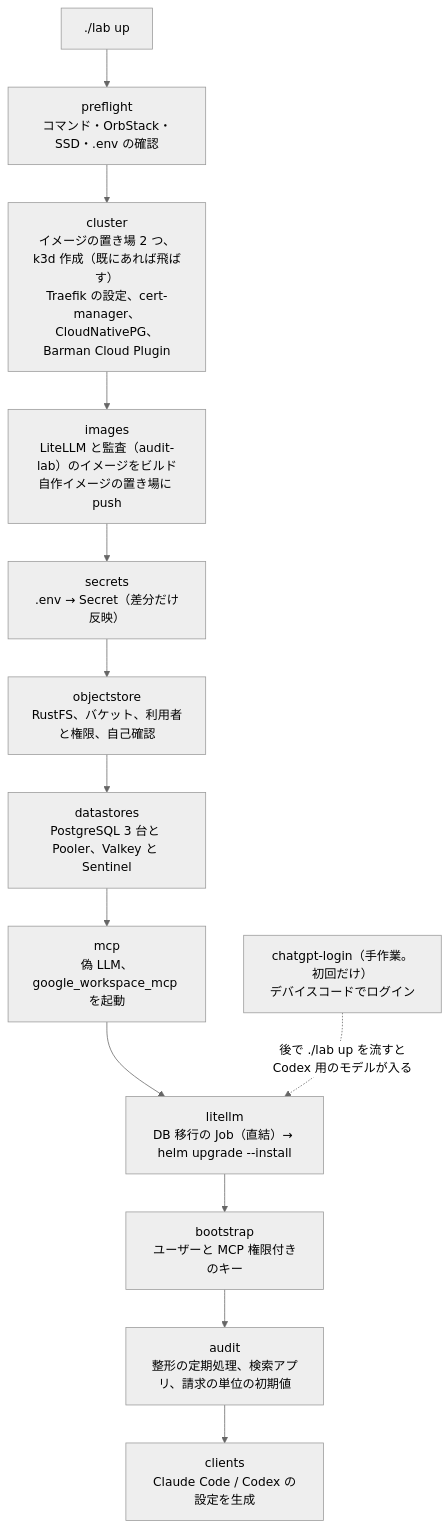
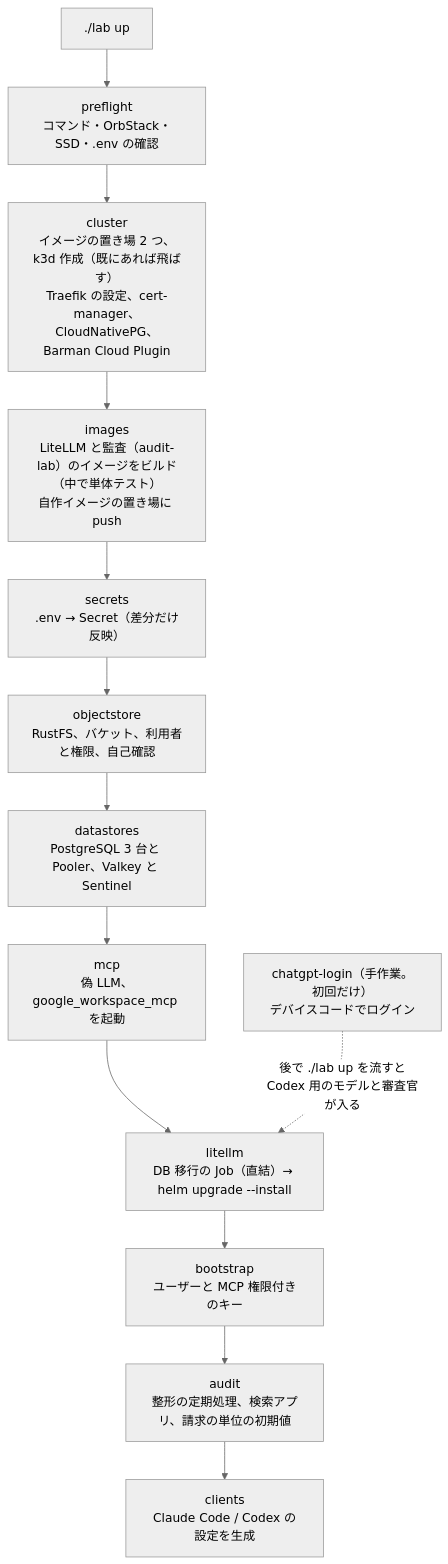
One commit to notfolder/litellm-agent-gateway-lab changed the second of 3 diagrams in docs/design.md. Above: the diagram before and after it, drawn with Mermaid (neutral theme). The commit also changed other lines of this file and 29 other files, not shown here.

````diff
--- a/docs/design.md
+++ b/docs/design.md
@@ -165,15 +176,15 @@
 ```mermaid
 flowchart TB
     A["./lab up"] --> P["preflight<br/>コマンド・OrbStack・SSD・.env の確認"]
     P --> C["cluster<br/>イメージの置き場 2 つ、k3d 作成（既にあれば飛ばす）<br/>Traefik の設定、cert-manager、CloudNativePG、Barman Cloud Plugin"]
-    C --> I["images<br/>LiteLLM と監査（audit-lab）のイメージをビルド<br/>自作イメージの置き場に push"]
+    C --> I["images<br/>LiteLLM と監査（audit-lab）のイメージをビルド（中で単体テスト）<br/>自作イメージの置き場に push"]
     I --> S["secrets<br/>.env → Secret（差分だけ反映）"]
     S --> O["objectstore<br/>RustFS、バケット、利用者と権限、自己確認"]
     O --> D["datastores<br/>PostgreSQL 3 台と Pooler、Valkey と Sentinel"]
     D --> M["mcp<br/>偽 LLM、google_workspace_mcp を起動"]
     M --> L["litellm<br/>DB 移行の Job（直結）→ helm upgrade --install"]
     L --> B["bootstrap<br/>ユーザーと MCP 権限付きのキー"]
     B --> AU["audit<br/>整形の定期処理、検索アプリ、請求の単位の初期値"]
     AU --> CL["clients<br/>Claude Code / Codex の設定を生成"]
-    G["chatgpt-login（手作業。初回だけ）<br/>デバイスコードでログイン"] -. "後で ./lab up を流すと<br/>Codex 用のモデルが入る" .-> L
+    G["chatgpt-login（手作業。初回だけ）<br/>デバイスコードでログイン"] -. "後で ./lab up を流すと<br/>Codex 用のモデルと審査官が入る" .-> L
 ```
````
